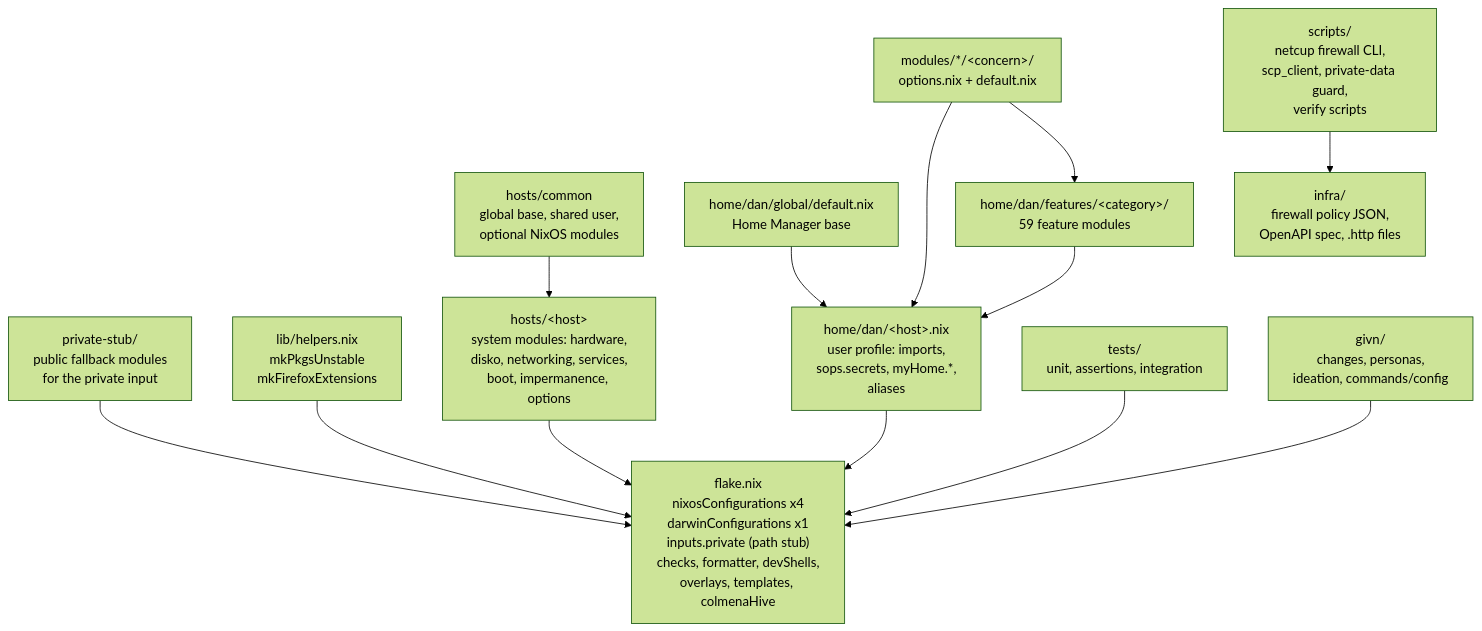
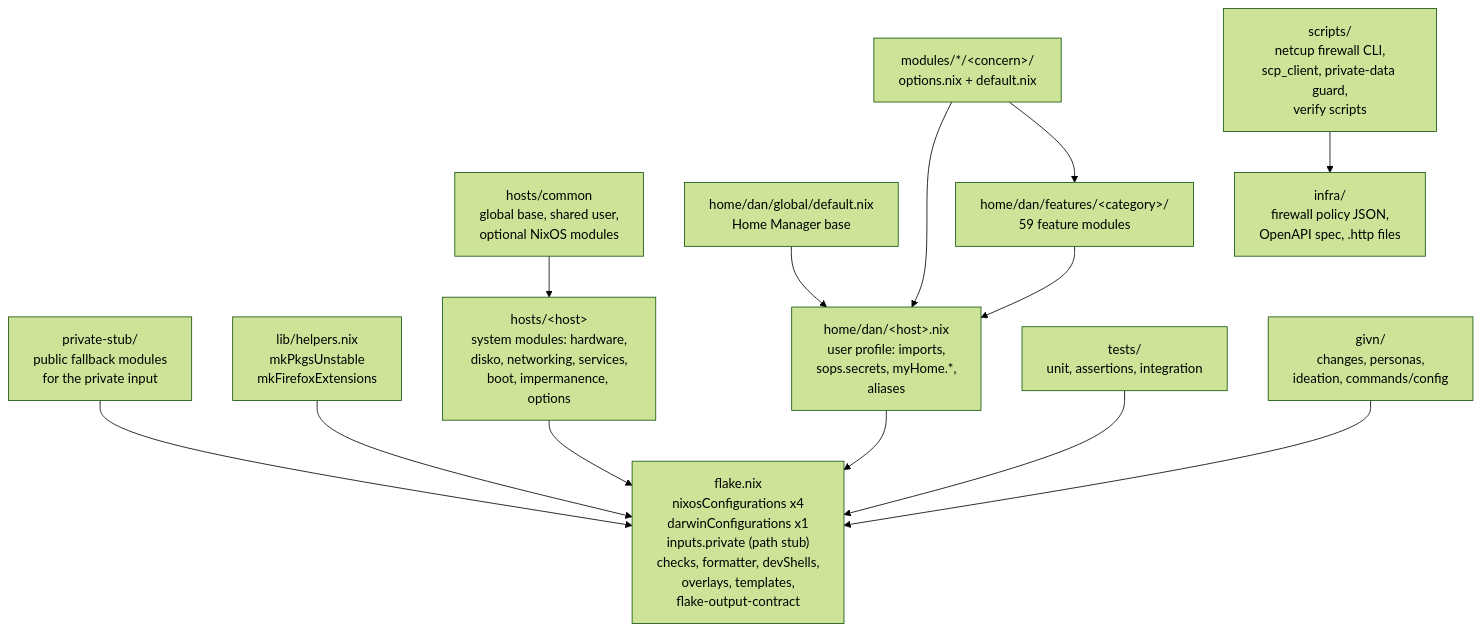
Before and after one commit to kressnerd/nix-config: the diagram in docs/arc42/05-building-block-view.md, drawn with Mermaid (forest theme). The commit also changed other lines of this file and 15 other files, not shown here.

````diff
--- a/docs/arc42/05-building-block-view.md
+++ b/docs/arc42/05-building-block-view.md
@@ -9,29 +9,29 @@
 ```mermaid
 flowchart TB
-  flake["flake.nix<br/>nixosConfigurations x4<br/>darwinConfigurations x1<br/>inputs.private (path stub)<br/>checks, formatter, devShells,<br/>overlays, templates, colmenaHive"]
+  flake["flake.nix<br/>nixosConfigurations x4<br/>darwinConfigurations x1<br/>inputs.private (path stub)<br/>checks, formatter, devShells,<br/>overlays, templates,<br/>flake-output-contract"]
   stub["private-stub/<br/>public fallback modules<br/>for the private input"]
   lib["lib/helpers.nix<br/>mkPkgsUnstable<br/>mkFirefoxExtensions"]
   common["hosts/common<br/>global base, shared user,<br/>optional NixOS modules"]
   hostmods["hosts/&lt;host&gt;<br/>system modules: hardware,<br/>disko, networking, services,<br/>boot, impermanence, options"]
   hmprof["home/dan/&lt;host&gt;.nix<br/>user profile: imports,<br/>sops.secrets, myHome.*,<br/>aliases"]
   hmglobal["home/dan/global/default.nix<br/>Home Manager base"]
   optmods["modules/*/&lt;concern&gt;/<br/>options.nix + default.nix"]
   feats["home/dan/features/&lt;category&gt;/<br/>59 feature modules"]
   scripts["scripts/<br/>netcup firewall CLI,<br/>scp_client, private-data guard,<br/>verify scripts"]
   infra["infra/<br/>firewall policy JSON,<br/>OpenAPI spec, .http files"]
   tests["tests/<br/>unit, assertions, integration"]
   givnspec["givn/<br/>changes, personas,<br/>ideation, commands/config"]
 
   lib --> flake
   stub --> flake
   common --> hostmods
   hostmods --> flake
   optmods --> hmprof
   optmods --> feats
   hmglobal --> hmprof
   feats --> hmprof
   hmprof --> flake
   tests --> flake
   scripts --> infra
   givnspec --> flake
 ```
````
